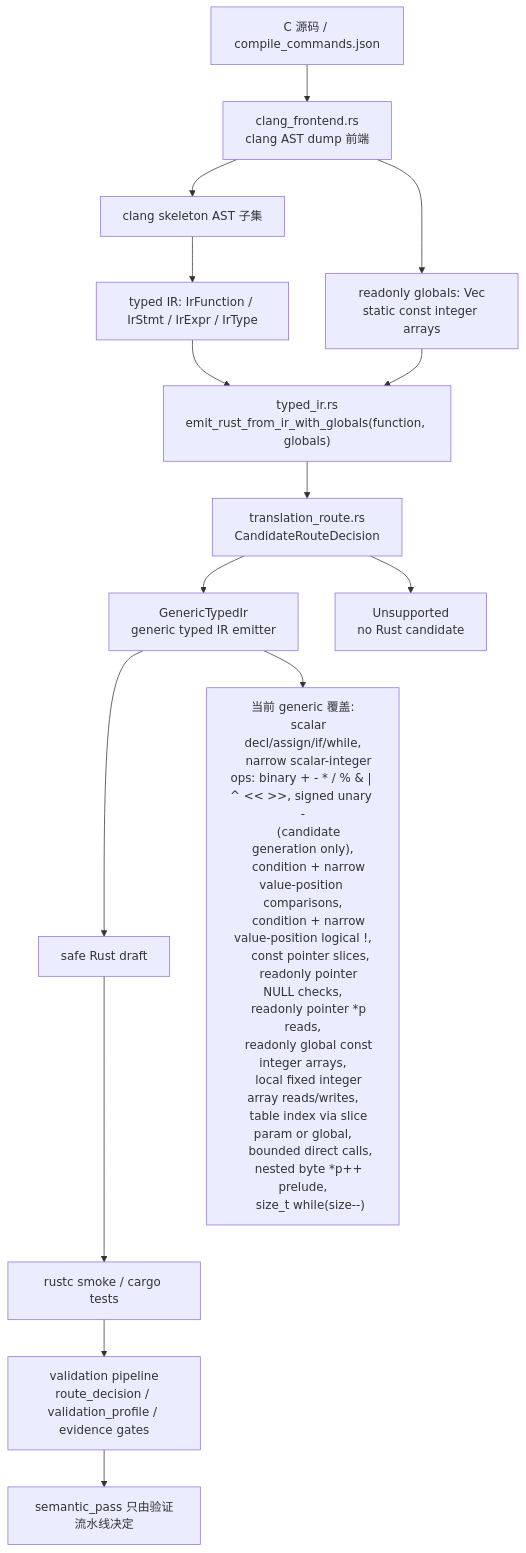
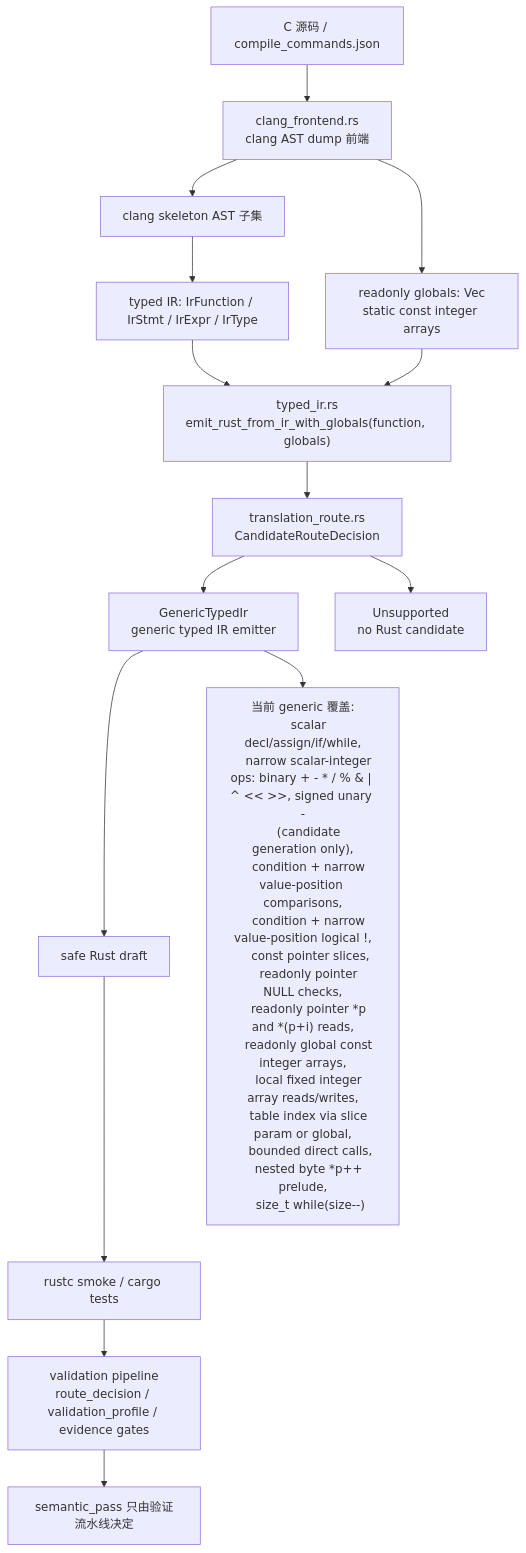
One commit to guoqihan342-svg/c-to-rust changed the diagram in docs/c2rust-migration-agent/core-translation-architecture.md. Above: the diagram before and after it, drawn with Mermaid. The commit also changed other lines of this file and 38 other files, not shown here.

Commit message:
Support readonly pointer offset deref reads in typed IR

````diff
--- a/docs/c2rust-migration-agent/core-translation-architecture.md
+++ b/docs/c2rust-migration-agent/core-translation-architecture.md
@@ -7,32 +7,32 @@
 ```mermaid
 flowchart TD
     C["C 源码 / compile_commands.json"] --> Clang["clang_frontend.rs<br/>clang AST dump 前端"]
     Clang --> Skeleton["clang skeleton AST 子集"]
     Skeleton --> IR["typed IR: IrFunction / IrStmt / IrExpr / IrType"]
     Clang --> Globals["readonly globals: Vec<IrGlobal><br/>static const integer arrays"]
     IR --> EmitCtx["typed_ir.rs<br/>emit_rust_from_ir_with_globals(function, globals)"]
     Globals --> EmitCtx
     EmitCtx --> RouteMeta["translation_route.rs<br/>CandidateRouteDecision"]
     RouteMeta --> Generic["GenericTypedIr<br/>generic typed IR emitter"]
     RouteMeta --> Unsupported["Unsupported<br/>no Rust candidate"]
     Generic --> Rust["safe Rust draft"]
     Rust --> Rustc["rustc smoke / cargo tests"]
     Rustc --> Validation["validation pipeline<br/>route_decision / validation_profile / evidence gates"]
 
     Generic --> Supported["当前 generic 覆盖:
     scalar decl/assign/if/while,
     narrow scalar-integer ops: binary + - * / % & | ^ << >>, signed unary -
     (candidate generation only),
     condition + narrow value-position comparisons,
     condition + narrow value-position logical !,
     const pointer slices,
     readonly pointer NULL checks,
-    readonly pointer *p reads,
+    readonly pointer *p and *(p+i) reads,
     readonly global const integer arrays,
     local fixed integer array reads/writes,
     table index via slice param or global,
     bounded direct calls,
     nested byte *p++ prelude,
     size_t while(size--)"]
     Validation --> Semantic["semantic_pass 只由验证流水线决定"]
 ```
````
